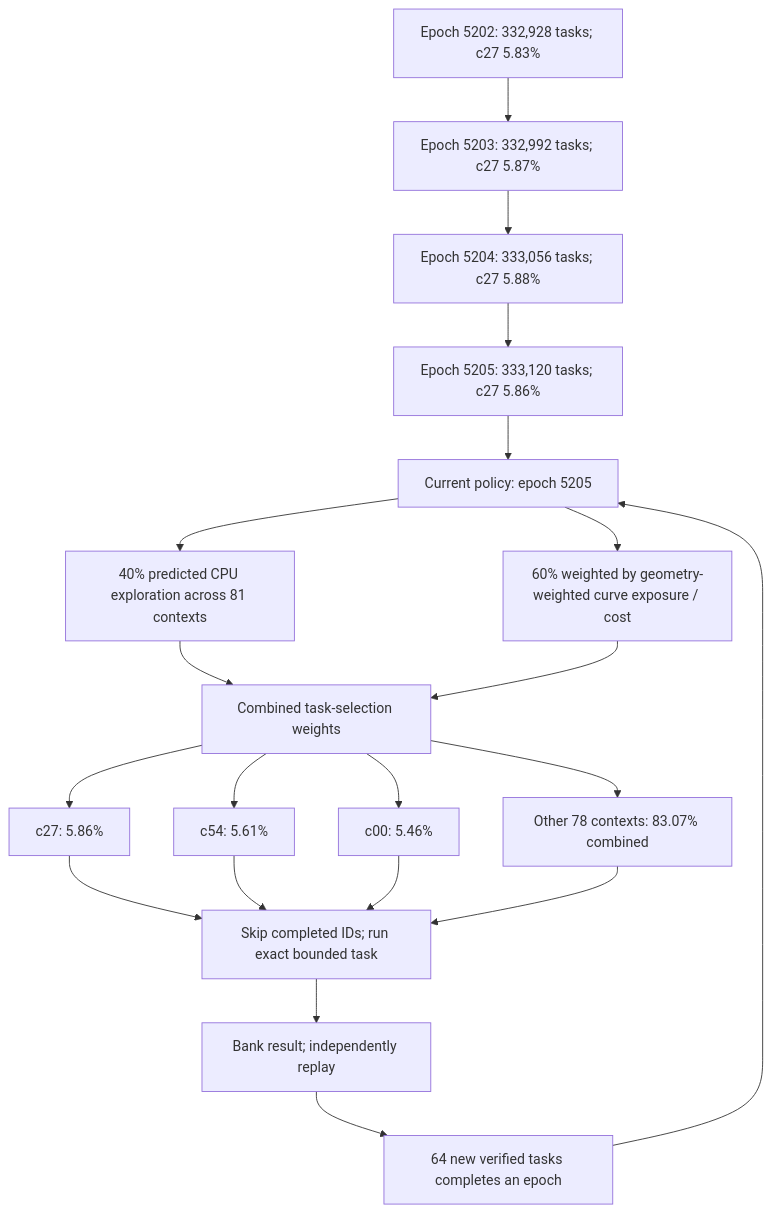
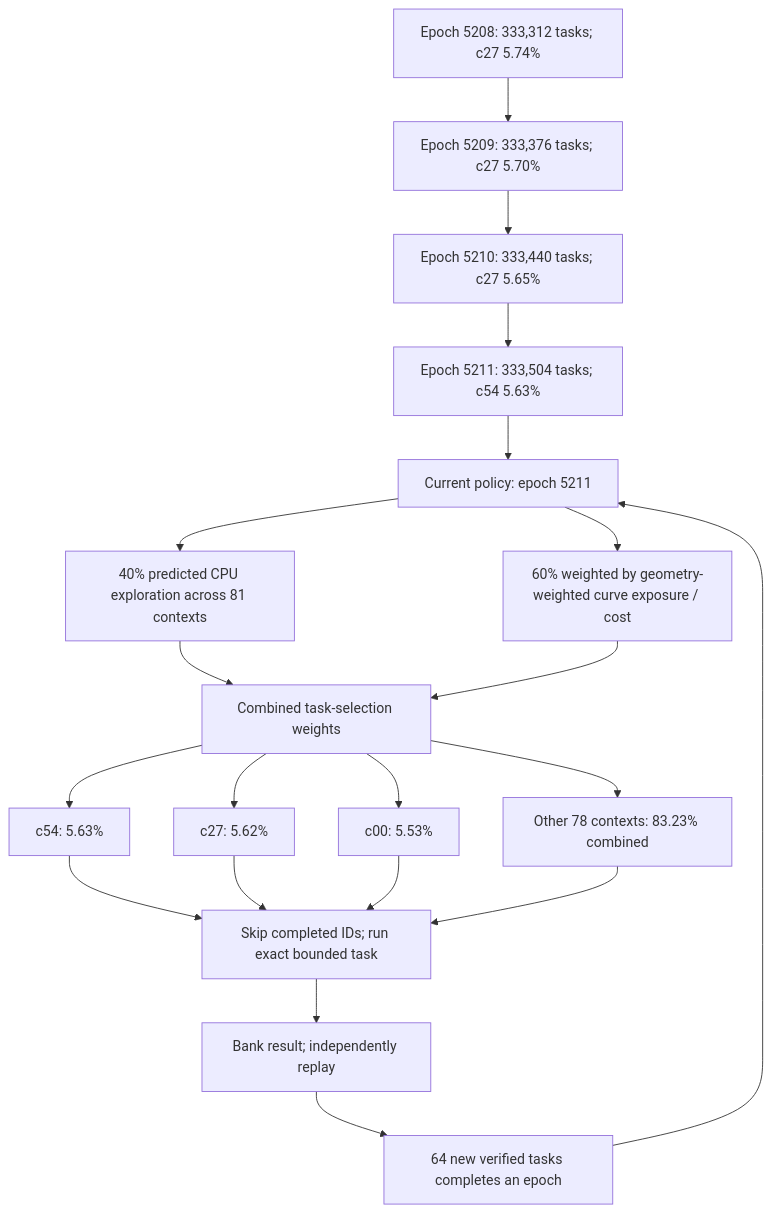
The first of 3 diagrams in README.md (Kuberwastaken/math-gambling), drawn with Mermaid before and after one commit. The commit also changed other lines of this file and 1391 other files, not shown here.

````diff
--- a/README.md
+++ b/README.md
@@ -60,27 +60,27 @@
 ```mermaid
 flowchart TD
-    H0["Epoch 5202: 332,928 tasks; c27 5.83%"]
-    H1["Epoch 5203: 332,992 tasks; c27 5.87%"]
+    H0["Epoch 5208: 333,312 tasks; c27 5.74%"]
+    H1["Epoch 5209: 333,376 tasks; c27 5.70%"]
     H0 --> H1
-    H2["Epoch 5204: 333,056 tasks; c27 5.88%"]
+    H2["Epoch 5210: 333,440 tasks; c27 5.65%"]
     H1 --> H2
-    H3["Epoch 5205: 333,120 tasks; c27 5.86%"]
+    H3["Epoch 5211: 333,504 tasks; c54 5.63%"]
     H2 --> H3
-    Policy["Current policy: epoch 5205"]
+    Policy["Current policy: epoch 5211"]
     H3 --> Policy
     Policy --> Explore["40% predicted CPU exploration across 81 contexts"]
     Policy --> Cost["60% weighted by geometry-weighted curve exposure / cost"]
     Explore --> Mix["Combined task-selection weights"]
     Cost --> Mix
-    Mix --> C0["c27: 5.86%"]
-    Mix --> C1["c54: 5.61%"]
-    Mix --> C2["c00: 5.46%"]
-    Mix --> Rest["Other 78 contexts: 83.07% combined"]
+    Mix --> C0["c54: 5.63%"]
+    Mix --> C1["c27: 5.62%"]
+    Mix --> C2["c00: 5.53%"]
+    Mix --> Rest["Other 78 contexts: 83.23% combined"]
     C0 --> Check["Skip completed IDs; run exact bounded task"]
     C1 --> Check
     C2 --> Check
     Rest --> Check
     Check --> Replay["Bank result; independently replay"]
     Replay --> Gate["64 new verified tasks completes an epoch"]
     Gate --> Policy
 ```
````
